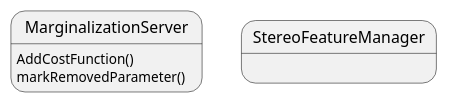
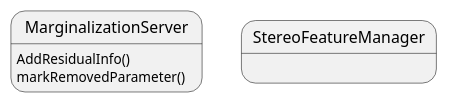
One commit to eglrp/PracticeVisualPositioning changed the diagram in StereoVO/MarginalizationServer.puml. Above: the diagram before and after it, drawn with PlantUML. The commit also changed 2 other files, not shown here.

Commit message:
adopted new version of marginalization information struct.

```diff
--- a/StereoVO/MarginalizationServer.puml
+++ b/StereoVO/MarginalizationServer.puml
@@ -1,10 +1,10 @@
 @startuml
 
-MarginalizationServer: AddCostFunction()
+MarginalizationServer: AddResidualInfo()
 MarginalizationServer: markRemovedParameter()
 
 StereoFeatureManager:
 
 
 
 @enduml
```
